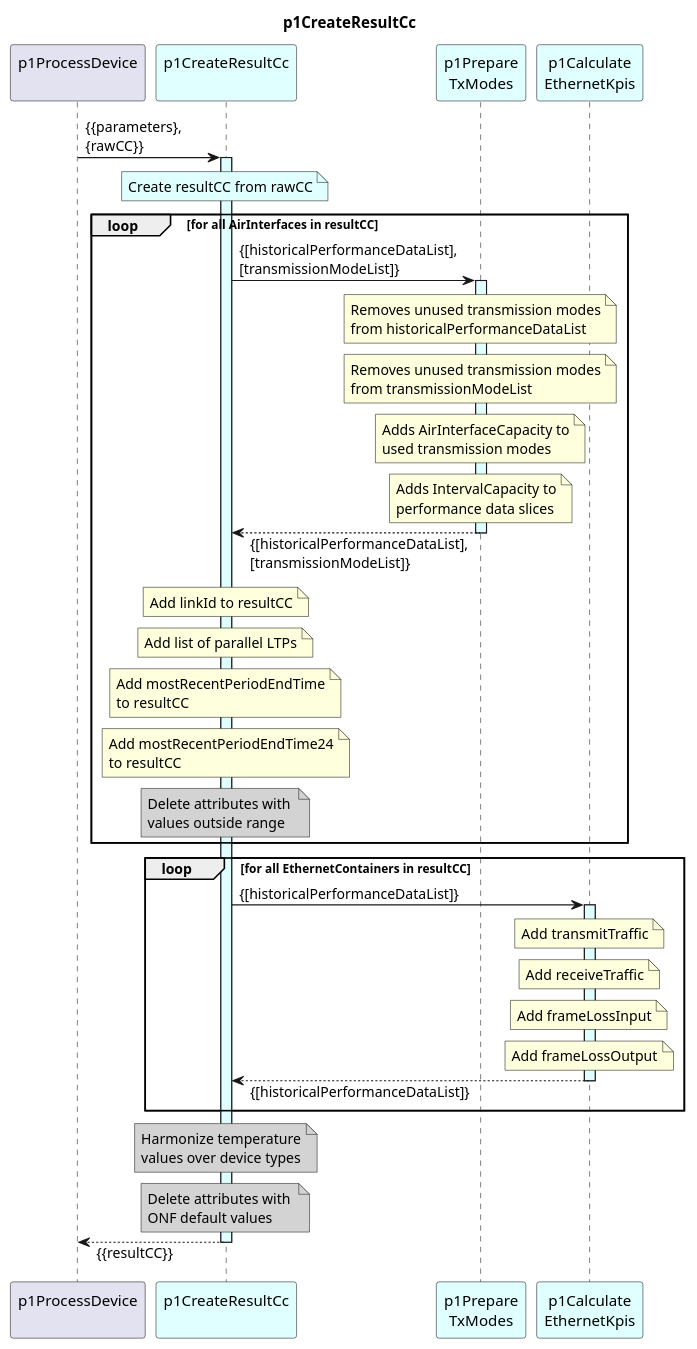
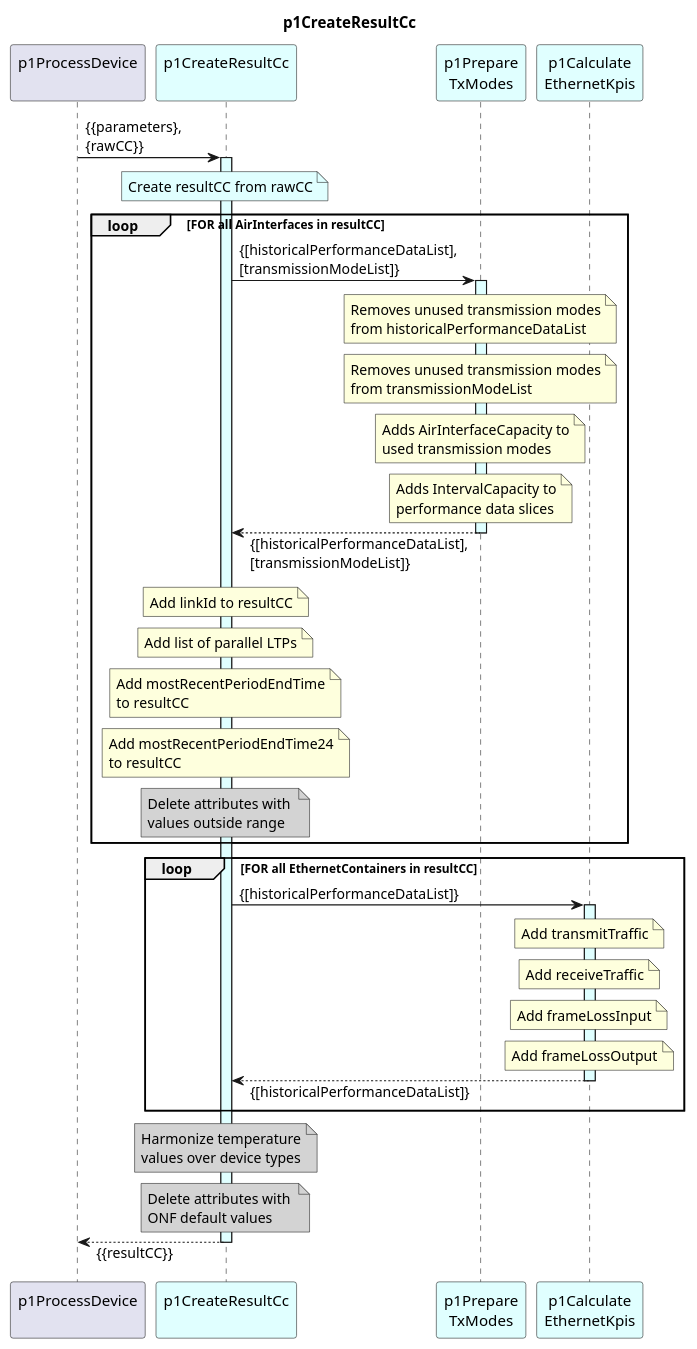
One commit to openBackhaul/DevicePerformanceManagementDataProcessor changed the diagram in spec/Functions/specificFunctions/p1StreamPmData/p1ProcessDevice/p1CreateResultCc/1.0.0/p1CreateResultCc.plantuml. Above: the diagram before and after it, drawn with PlantUML. The commit also changed 21 other files, not shown here.

```diff
--- a/spec/Functions/specificFunctions/p1StreamPmData/p1ProcessDevice/p1CreateResultCc/1.0.0/p1CreateResultCc.plantuml
+++ b/spec/Functions/specificFunctions/p1StreamPmData/p1ProcessDevice/p1CreateResultCc/1.0.0/p1CreateResultCc.plantuml
@@ -1,121 +1,121 @@
 @startuml p1CreateResultCc
 skinparam responseMessageBelowArrow true
 
 title
   p1CreateResultCc
 end title
 
 participant "p1ProcessDevice\n" as requestor
 participant "p1CreateResultCc\n" as cur #LightCyan
 
 participant "p1Prepare\nTxModes" as prepTxModes #LightCyan
 participant "p1Calculate\nEthernetKpis" as ethKpis #LightCyan
 
 requestor -> cur: {{parameters},\n{rawCC}}
 activate cur #LightCyan
 
   note over cur #LightCyan
     Create resultCC from rawCC
   end note
 
-  loop for all AirInterfaces in resultCC
+  loop FOR all AirInterfaces in resultCC
 
     cur -> prepTxModes : {[historicalPerformanceDataList],\n[transmissionModeList]}
     activate prepTxModes #LightCyan
 
       note over prepTxModes
         Removes unused transmission modes
         from historicalPerformanceDataList
       end note
 
       note over prepTxModes
         Removes unused transmission modes
         from transmissionModeList
       end note
 
       note over prepTxModes
         Adds AirInterfaceCapacity to
         used transmission modes
       end note
 
       note over prepTxModes
         Adds IntervalCapacity to
         performance data slices
       end note
 
     cur <-- prepTxModes : {[historicalPerformanceDataList],\n[transmissionModeList]}
     deactivate prepTxModes
 
     ' ----- Link ID --------------------------
     note over cur
       Add linkId to resultCC
     end note
 
     ' ----- Aggregation Group --------------------------
     note over cur
       Add list of parallel LTPs
     end note
 
     ' ----- mostRecentPeriodEndTime --------------------------
     note over cur
       Add mostRecentPeriodEndTime
       to resultCC
     end note
 
     note over cur
       Add mostRecentPeriodEndTime24
       to resultCC
     end note
 
     ' ----- OutOfRange TxLevel --------------------------
     note over cur #LightGray
       Delete attributes with 
       values outside range
     end note
 
   end
 
-  loop for all EthernetContainers in resultCC
+  loop FOR all EthernetContainers in resultCC
 
     ' ----- EthContainer KPIs --------------------------
     cur -> ethKpis : {[historicalPerformanceDataList]}
     activate ethKpis #LightCyan
 
         note over ethKpis
           Add transmitTraffic
         end note
 
         note over ethKpis
           Add receiveTraffic
         end note
 
         note over ethKpis
           Add frameLossInput
         end note
 
         note over ethKpis
           Add frameLossOutput
         end note
 
     cur <-- ethKpis : {[historicalPerformanceDataList]}
     deactivate ethKpis
 
   end loop
 
   ' ----- Temperature --------------------------
   note over cur #LightGray
     Harmonize temperature
     values over device types
   end note
 
   ' ----- ONF default values --------------------------
   note over cur #LightGray
     Delete attributes with 
     ONF default values
   end note
 
 requestor <-- cur: {{resultCC}}
 
 deactivate cur
 
 @enduml
```
